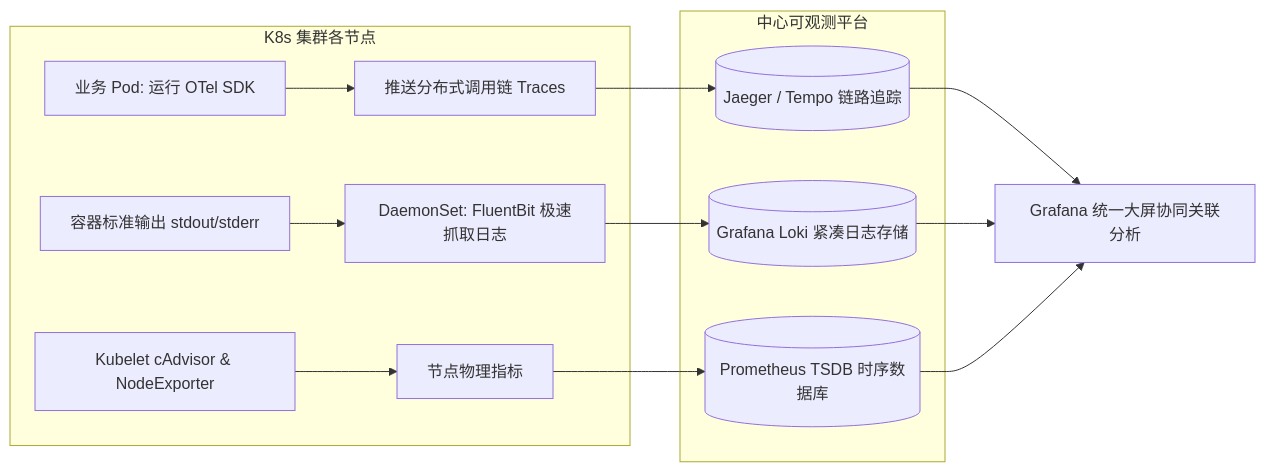
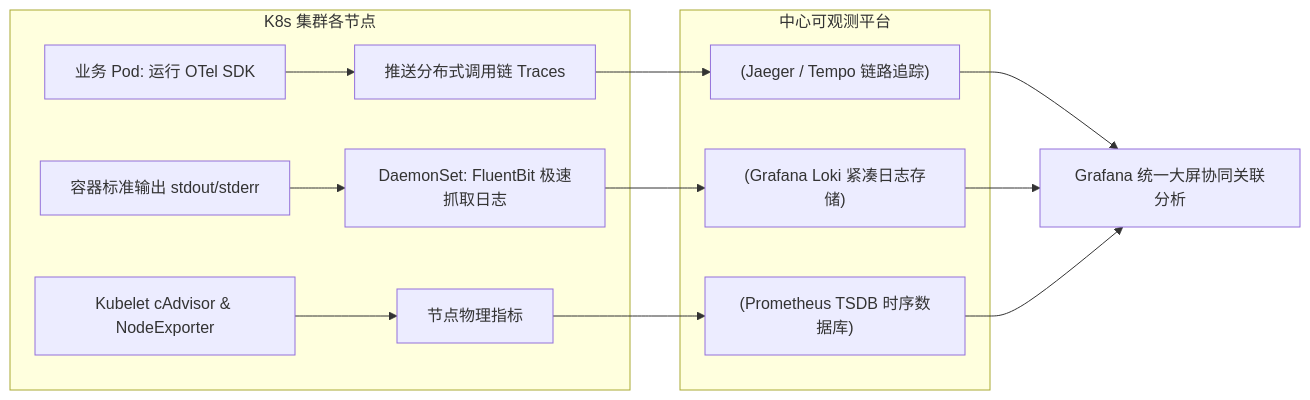
One commit to kerntau/chenv changed the second of 2 diagrams in src/content/posts/kubernetes-container-observability-architecture.md. Above: the diagram before and after it, drawn with Mermaid. The commit also changed other lines of this file and 59 other files, not shown here.

````diff
--- a/src/content/posts/kubernetes-container-observability-architecture.md
+++ b/src/content/posts/kubernetes-container-observability-architecture.md
@@ -111,18 +115,18 @@
 ```mermaid
 graph LR
     subgraph K8s_Nodes [K8s 集群各节点]
-        Pods[业务 Pod: 运行 OTel SDK] --> PushOTel[推送分布式调用链 Traces]
-        PodLogs[容器标准输出 stdout/stderr] --> DaemonFluent[DaemonSet: FluentBit 极速抓取日志]
-        cAdvisor[Kubelet cAdvisor & NodeExporter] --> NodeMetrics[节点物理指标]
+        Pods["业务 Pod: 运行 OTel SDK"] --> PushOTel[推送分布式调用链 Traces]
+        PodLogs[容器标准输出 stdout/stderr] --> DaemonFluent["DaemonSet: FluentBit 极速抓取日志"]
+        cAdvisor["Kubelet cAdvisor & NodeExporter"] --> NodeMetrics[节点物理指标]
     end
 
     subgraph Observability_Cluster [中心可观测平台]
-        PushOTel --> Jaeger[(Jaeger / Tempo 链路追踪)]
-        DaemonFluent --> Loki[(Grafana Loki 紧凑日志存储)]
-        NodeMetrics --> Prometheus[(Prometheus TSDB 时序数据库)]
+        PushOTel --> Jaeger["(Jaeger / Tempo 链路追踪)"]
+        DaemonFluent --> Loki["(Grafana Loki 紧凑日志存储)"]
+        NodeMetrics --> Prometheus["(Prometheus TSDB 时序数据库)"]
     end
 
     Jaeger --> UnifiedGrafana[Grafana 统一大屏协同关联分析]
     Loki --> UnifiedGrafana
     Prometheus --> UnifiedGrafana
 ```
````
